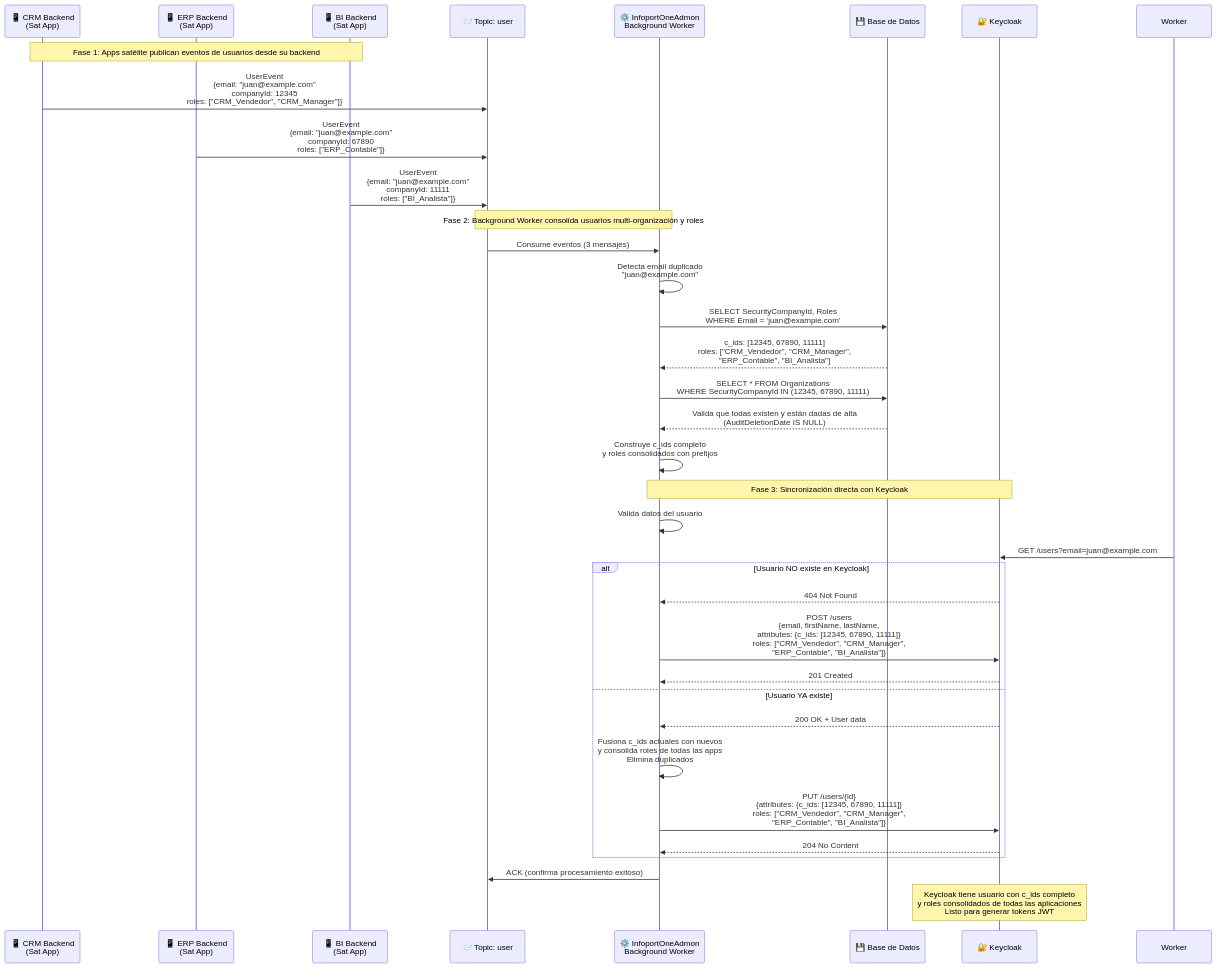
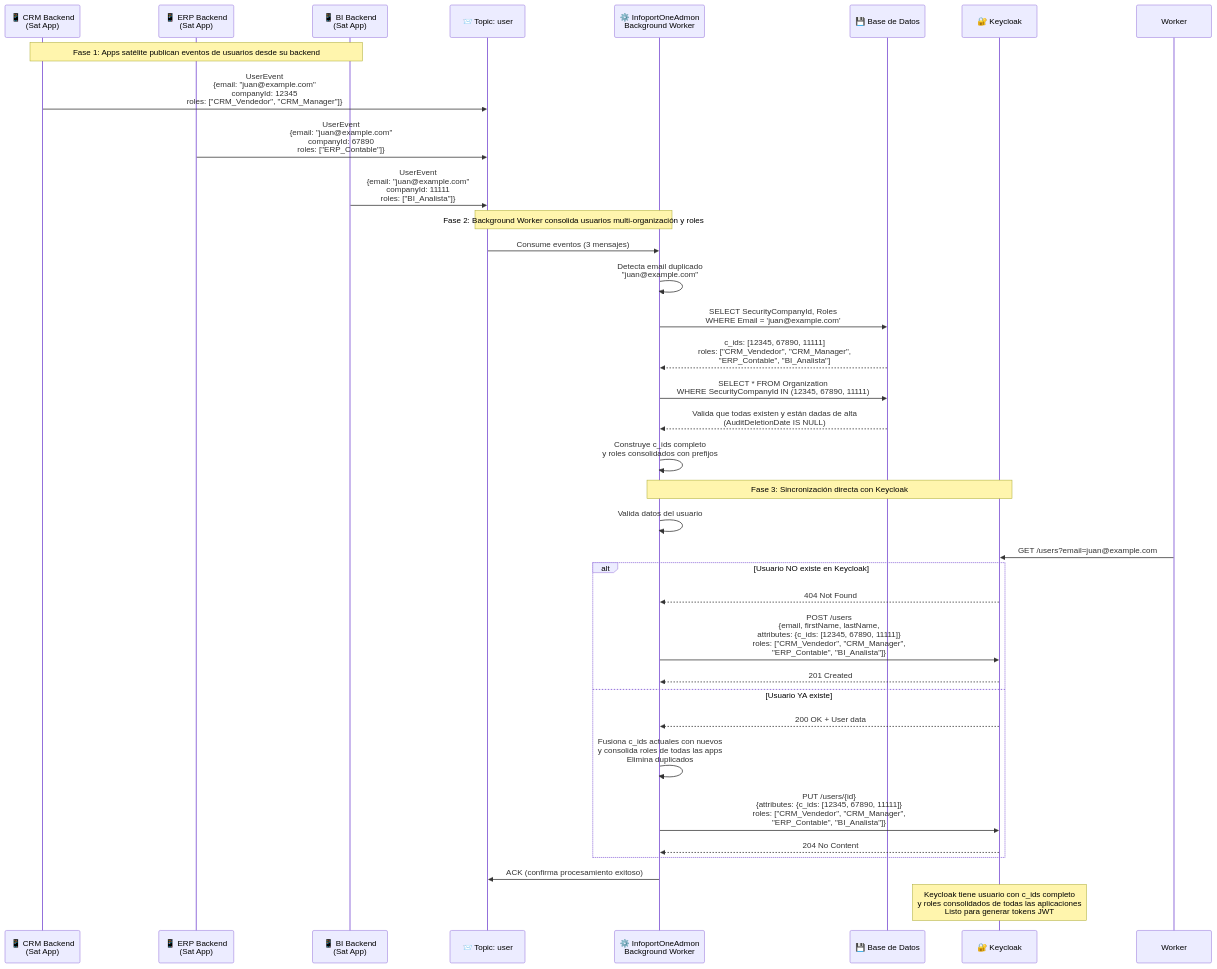
One commit to malbert-infoport/AI4Devs changed the fourth of 7 diagrams in readme.md. Above: the diagram before and after it, drawn with Mermaid. The commit also changed other lines of this file, not shown here.

````diff
--- a/readme.md
+++ b/readme.md
@@ -992,50 +992,50 @@
 ```mermaid
 sequenceDiagram
     participant CRM as 📱 CRM Backend<br/>(Sat App)
     participant ERP as 📱 ERP Backend<br/>(Sat App)
     participant BI as 📱 BI Backend<br/>(Sat App)
     participant TopicUser as 📨 Topic: user
     participant BGWorker as ⚙️ InfoportOneAdmon<br/>Background Worker
     participant DB as 💾 Base de Datos
     participant KC as 🔐 Keycloak
 
     Note over CRM,BI: Fase 1: Apps satélite publican eventos de usuarios desde su backend
     
     CRM->>TopicUser: UserEvent<br/>{email: "juan@example.com"<br/>companyId: 12345<br/>roles: ["CRM_Vendedor", "CRM_Manager"]}
     ERP->>TopicUser: UserEvent<br/>{email: "juan@example.com"<br/>companyId: 67890<br/>roles: ["ERP_Contable"]}
     BI->>TopicUser: UserEvent<br/>{email: "juan@example.com"<br/>companyId: 11111<br/>roles: ["BI_Analista"]}
     
     Note over TopicUser,BGWorker: Fase 2: Background Worker consolida usuarios multi-organización y roles
     
     TopicUser->>BGWorker: Consume eventos (3 mensajes)
     BGWorker->>BGWorker: Detecta email duplicado<br/>"juan@example.com"
     
     BGWorker->>DB: SELECT SecurityCompanyId, Roles<br/>WHERE Email = 'juan@example.com'
     DB-->>BGWorker: c_ids: [12345, 67890, 11111]<br/>roles: ["CRM_Vendedor", "CRM_Manager",<br/>"ERP_Contable", "BI_Analista"]
     
-    BGWorker->>DB: SELECT * FROM Organizations<br/>WHERE SecurityCompanyId IN (12345, 67890, 11111)
+    BGWorker->>DB: SELECT * FROM Organization<br/>WHERE SecurityCompanyId IN (12345, 67890, 11111)
     DB-->>BGWorker: Valida que todas existen y están dadas de alta<br/>(AuditDeletionDate IS NULL)
     
     BGWorker->>BGWorker: Construye c_ids completo<br/>y roles consolidados con prefijos
     
     Note over BGWorker,KC: Fase 3: Sincronización directa con Keycloak
     
     BGWorker->>BGWorker: Valida datos del usuario
     
     Worker->>KC: GET /users?email=juan@example.com
     
     alt Usuario NO existe en Keycloak
         KC-->>BGWorker: 404 Not Found
         BGWorker->>KC: POST /users<br/>{email, firstName, lastName,<br/>attributes: {c_ids: [12345, 67890, 11111]}<br/>roles: ["CRM_Vendedor", "CRM_Manager",<br/>"ERP_Contable", "BI_Analista"]}
         KC-->>BGWorker: 201 Created
     else Usuario YA existe
         KC-->>BGWorker: 200 OK + User data
         BGWorker->>BGWorker: Fusiona c_ids actuales con nuevos<br/>y consolida roles de todas las apps<br/>Elimina duplicados
         BGWorker->>KC: PUT /users/{id}<br/>{attributes: {c_ids: [12345, 67890, 11111]}<br/>roles: ["CRM_Vendedor", "CRM_Manager",<br/>"ERP_Contable", "BI_Analista"]}
         KC-->>BGWorker: 204 No Content
     end
     
     BGWorker->>TopicUser: ACK (confirma procesamiento exitoso)
     
     Note over KC: Keycloak tiene usuario con c_ids completo<br/>y roles consolidados de todas las aplicaciones<br/>Listo para generar tokens JWT
 ```
````
